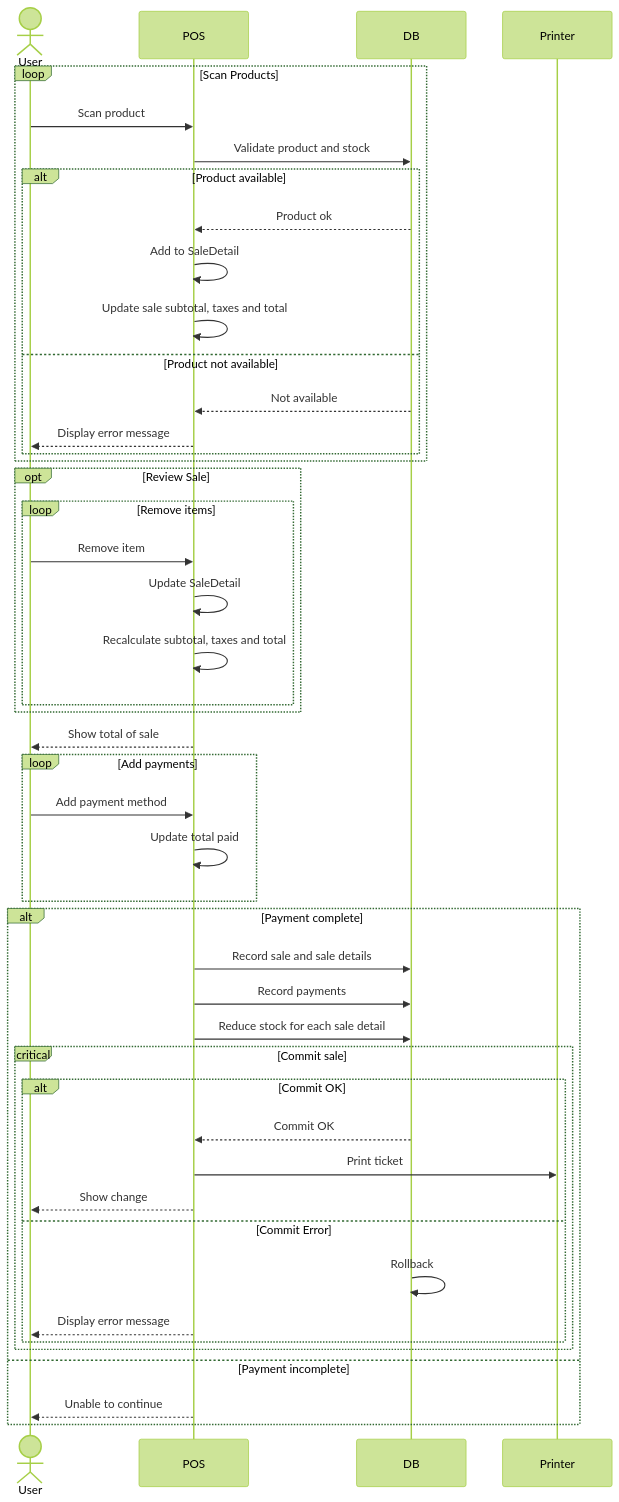
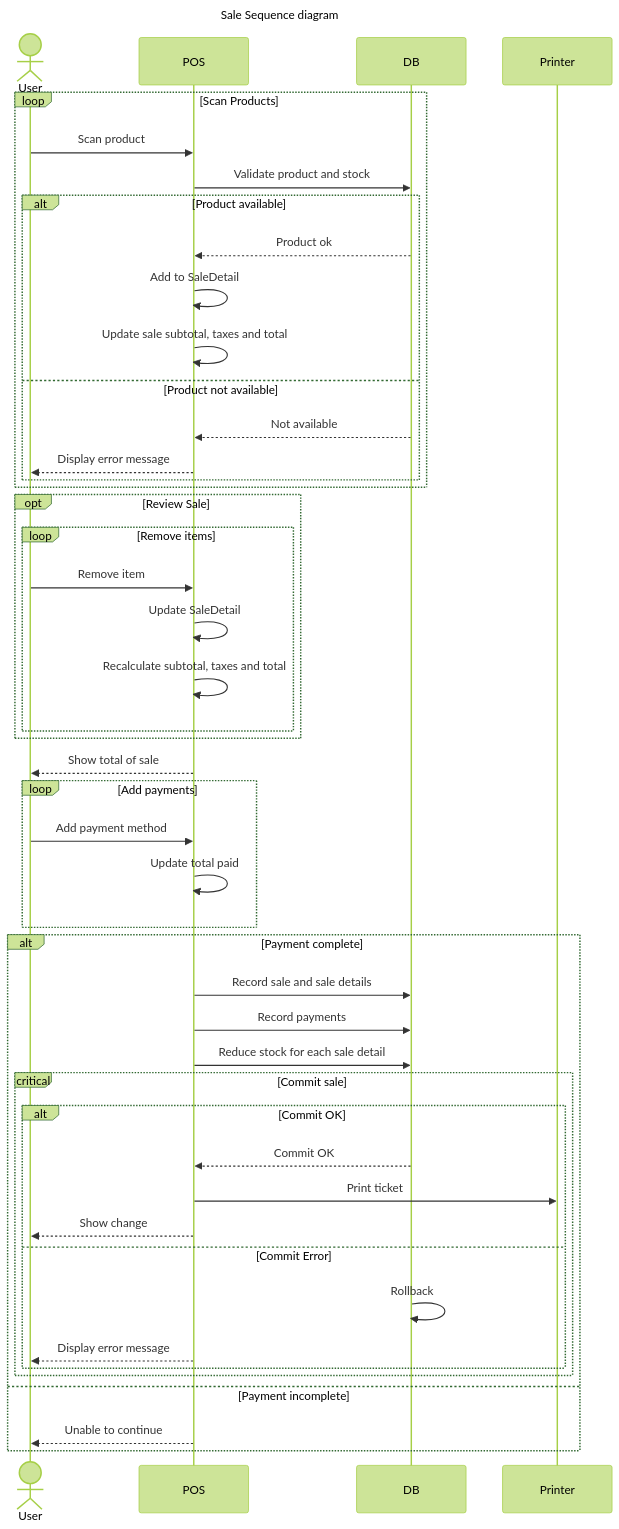
One commit to SoyDavidJoan/Sugar_free_POS changed the third of 5 diagrams in Docs/04_Desing.md. Above: the diagram before and after it, drawn with Mermaid (forest theme). The commit also changed other lines of this file and 4 other files, not shown here.

Commit message:
Add Producto output sequence diagram image and update design document

````diff
--- a/Docs/04_Desing.md
+++ b/Docs/04_Desing.md
@@ -201,54 +201,58 @@
 ```mermaid
+---
+title: Sale Sequence diagram
+---
+
 sequenceDiagram
   actor User as User
   participant POS as POS
   participant DB as DB
   participant Printer as Printer
 
   loop Scan Products
     User ->> POS: Scan product
     POS ->> DB: Validate product and stock
     alt Product available
       DB -->> POS: Product ok
       POS ->> POS: Add to SaleDetail
       POS ->> POS: Update sale subtotal, taxes and total
     else Product not available
       DB -->> POS: Not available
       POS -->> User: Display error message
     end
   end
 
   opt Review Sale
     loop Remove items
       User ->> POS: Remove item
       POS ->> POS: Update SaleDetail
       POS ->> POS: Recalculate subtotal, taxes and total
     end
   end
 
   POS -->> User: Show total of sale
   loop Add payments 
     User ->> POS: Add payment method
     POS ->> POS: Update total paid
   end
 
   alt Payment complete
       POS ->> DB: Record sale and sale details
       POS ->> DB: Record payments
       POS ->> DB: Reduce stock for each sale detail
 
       critical Commit sale
         alt Commit OK
             DB -->> POS: Commit OK
             POS ->> Printer: Print ticket
             POS -->> User: Show change
         else Commit Error
             DB ->> DB: Rollback
             POS -->> User: Display error message
         end
 
       end  
   else Payment incomplete
     POS -->> User: Unable to continue
   end
 ```
````
